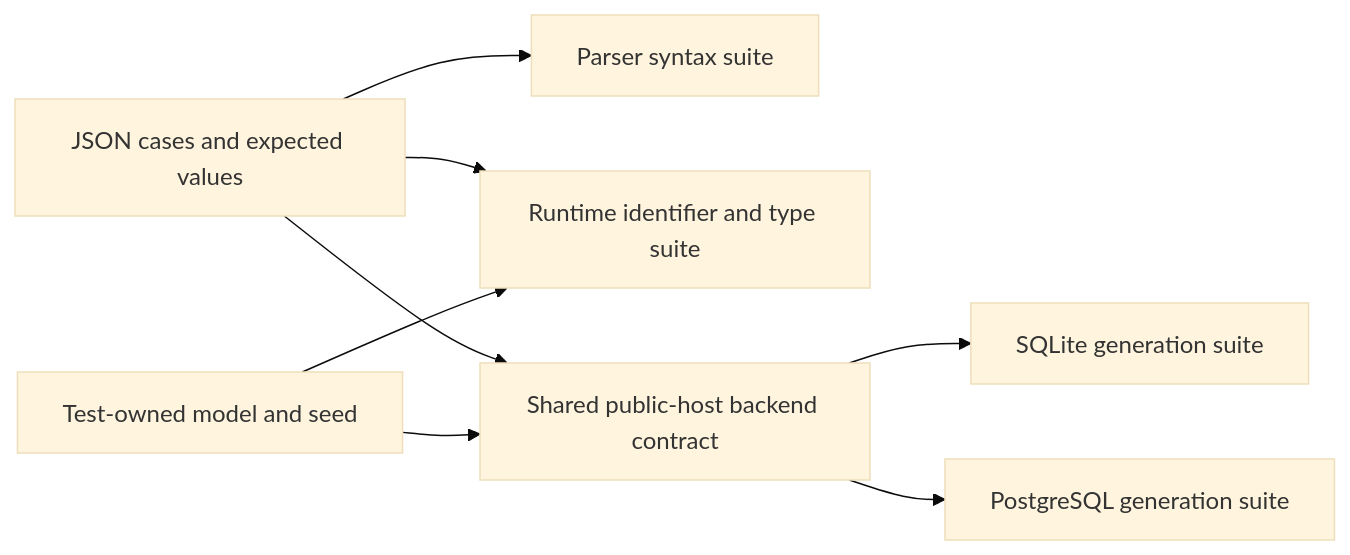
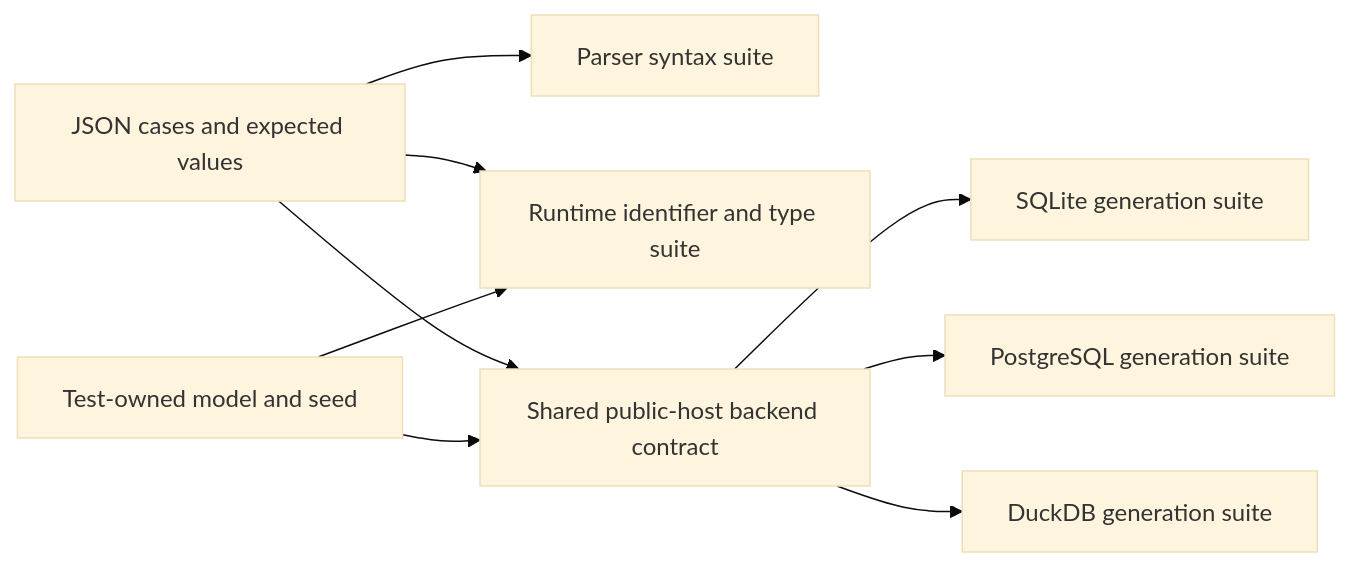
The diagram in tests/support/sql-corpus/README.md (relatehq/relate), drawn with Mermaid (base theme) before and after one commit. The commit also changed other lines of this file and 48 other files, not shown here.

````diff
--- a/tests/support/sql-corpus/README.md
+++ b/tests/support/sql-corpus/README.md
@@ -27,10 +27,11 @@
 ```mermaid
 flowchart LR
   Cases[JSON cases and expected values] --> Parser[Parser syntax suite]
   Cases --> Resolve[Runtime identifier and type suite]
   Cases --> Backend[Shared public-host backend contract]
   Model[Test-owned model and seed] --> Resolve
   Model --> Backend
   Backend --> SQLite[SQLite generation suite]
   Backend --> Postgres[PostgreSQL generation suite]
+  Backend --> DuckDB[DuckDB generation suite]
 ```
````
